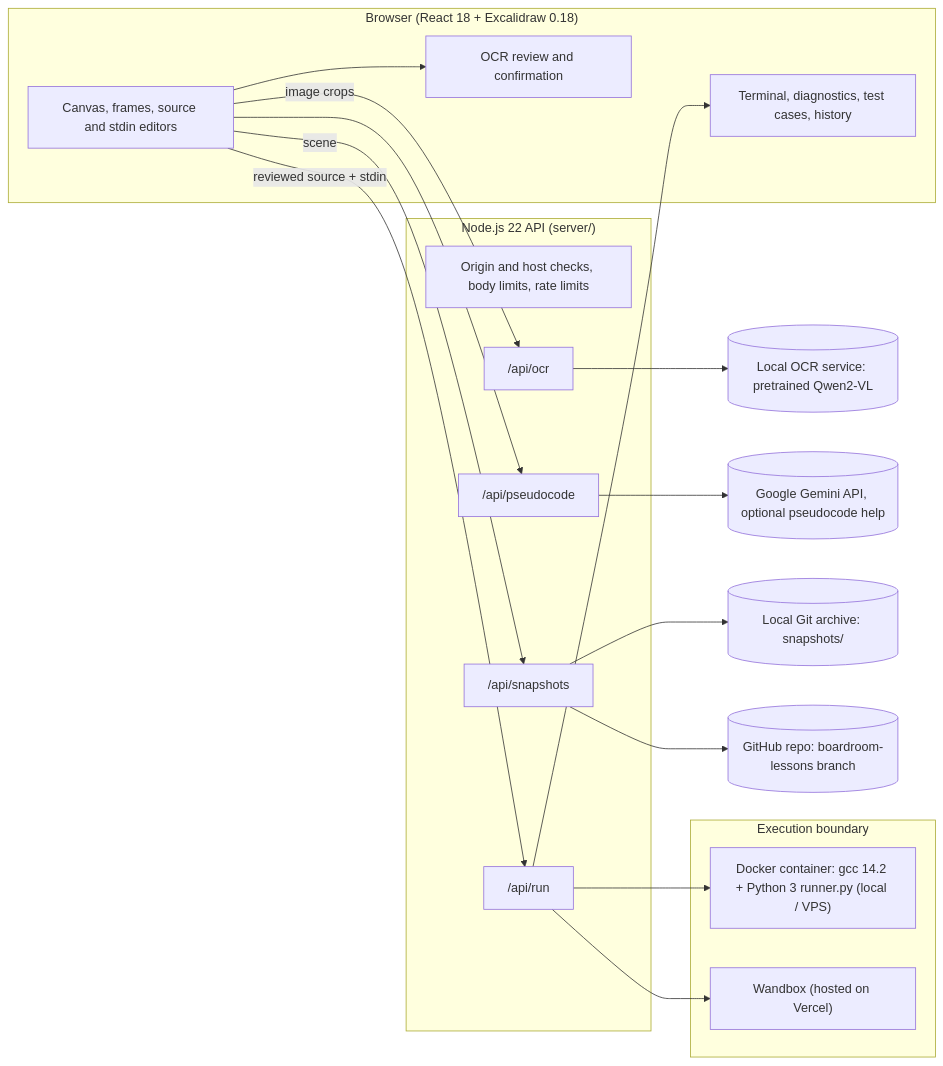
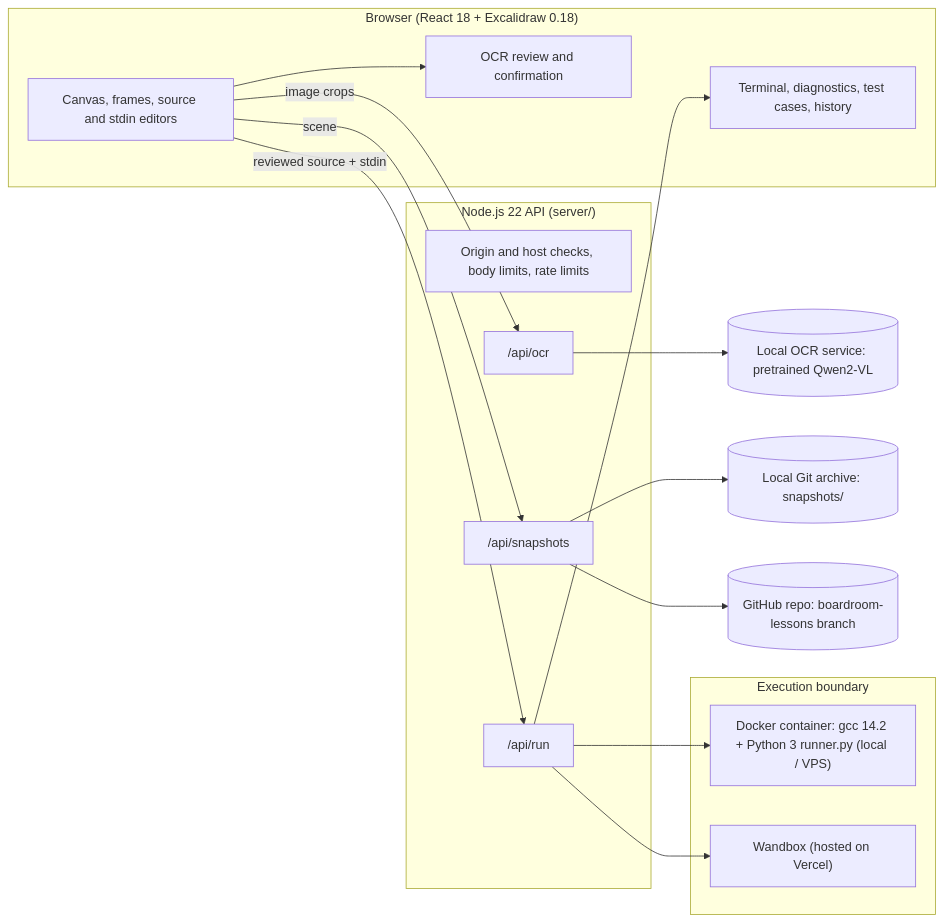
The diagram in README.md (NOTtaLEMON/Whiteboard-Project), drawn with Mermaid before and after one commit. The commit also changed other lines of this file and 40 other files, not shown here.

First line of the commit message:
Remove Gemini API integration

````diff
--- a/README.md
+++ b/README.md
@@ -93,37 +92,34 @@
 ```mermaid
 flowchart LR
     subgraph Browser["Browser (React 18 + Excalidraw 0.18)"]
         UI[Canvas, frames, source and stdin editors]
         REV[OCR review and confirmation]
         RES[Terminal, diagnostics, test cases, history]
     end
 
     subgraph API["Node.js 22 API (server/)"]
         GUARD[Origin and host checks, body limits, rate limits]
         OCR["/api/ocr"]
-        PSE["/api/pseudocode"]
         RUN["/api/run"]
         SNAP["/api/snapshots"]
     end
 
     subgraph Exec["Execution boundary"]
         DOCKER["Docker container: gcc 14.2 + Python 3 runner.py (local / VPS)"]
         WANDBOX["Wandbox (hosted on Vercel)"]
     end
 
     VLM[(Local OCR service: pretrained Qwen2-VL)]
-    GEMINI[(Google Gemini API, optional pseudocode help)]
     GITLOCAL[(Local Git archive: snapshots/)]
     GITHUB[(GitHub repo: boardroom-lessons branch)]
 
     UI --> REV
     UI -->|image crops| OCR --> VLM
-    UI --> PSE --> GEMINI
     UI -->|reviewed source + stdin| RUN
     RUN --> DOCKER
     RUN --> WANDBOX
     UI -->|scene| SNAP
     SNAP --> GITLOCAL
     SNAP --> GITHUB
     RUN --> RES
 ```
````
